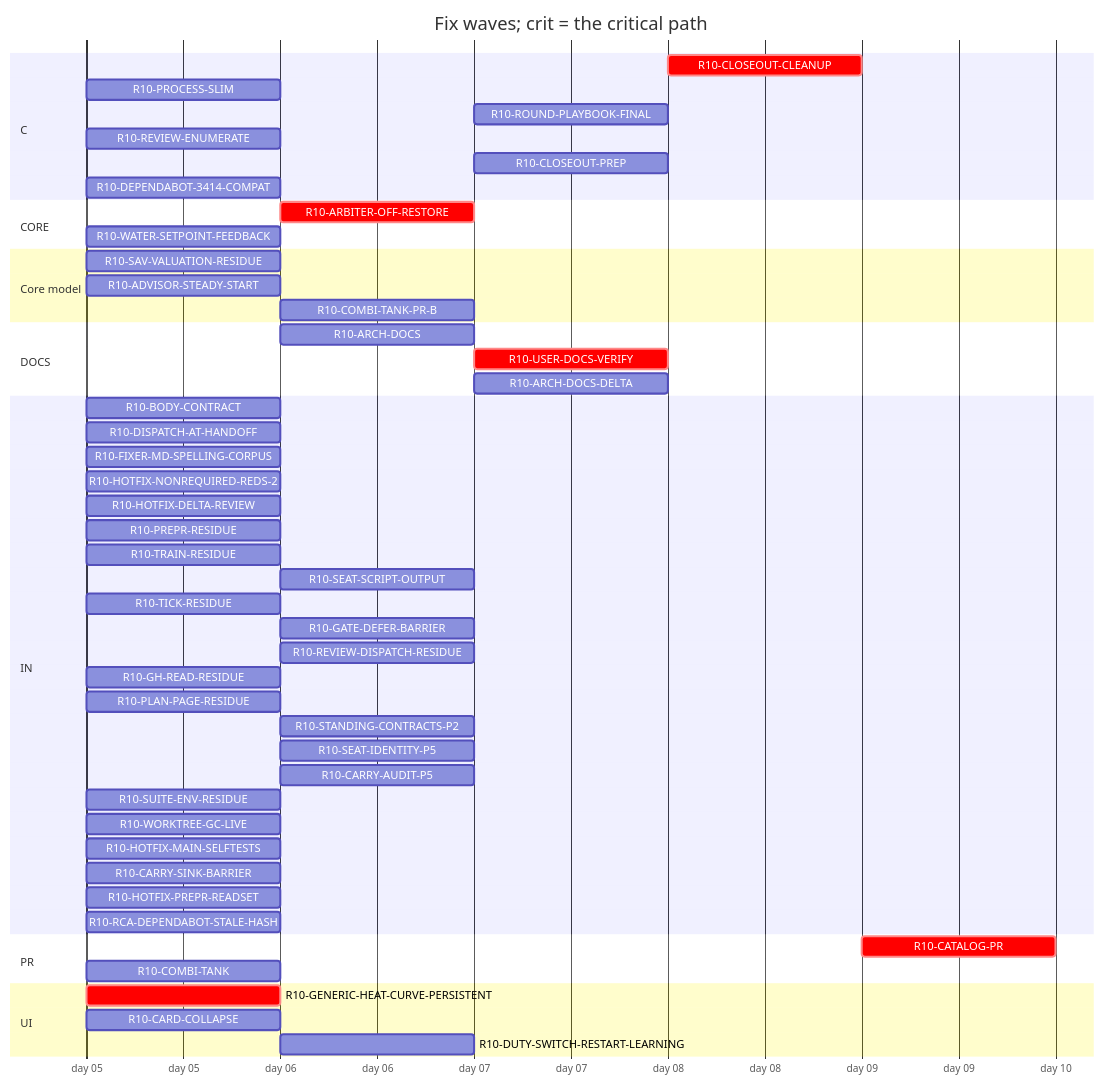
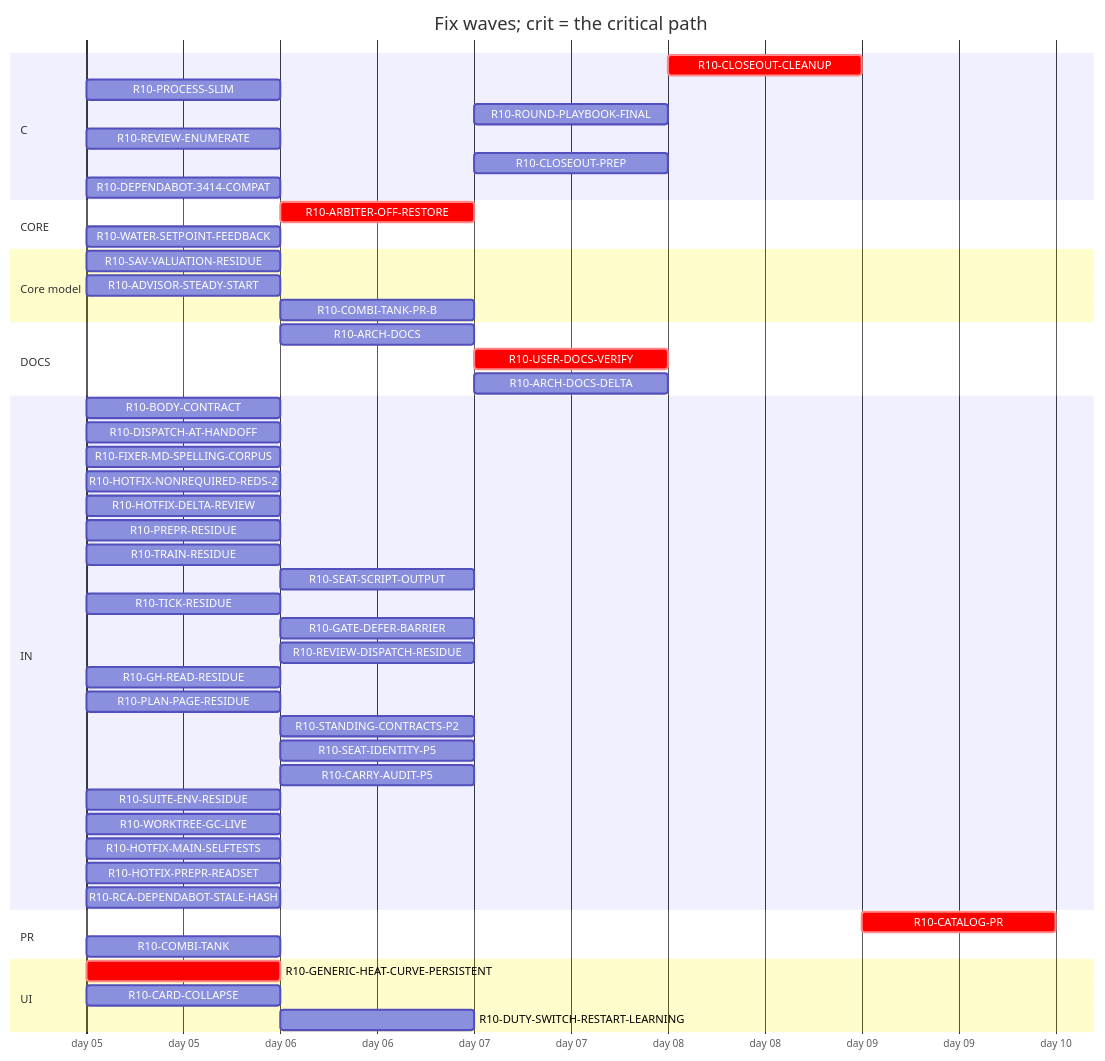
One commit to tvofi/heatpump_optimizer changed the diagram in handoff/round10/state/PLAN-TABLE.md. Above: the diagram before and after it, drawn with Mermaid. The commit also changed other lines of this file and 3 other files, not shown here.

Commit message:
state: FLOW-BOARD.md, NEXT-SESSION-PROMPT.md, PLAN-TABLE.md, RESUME-CURRENT.md regenerated (state_docs.py)

````diff
--- a/handoff/round10/state/PLAN-TABLE.md
+++ b/handoff/round10/state/PLAN-TABLE.md
@@ -20,54 +20,53 @@
 ```mermaid
 gantt
   title Fix waves; crit = the critical path
   dateFormat YYYY-MM-DD
   axisFormat day %d
   section C
     R10-CLOSEOUT-CLEANUP :crit, r10CLOSEOUTCLEANUP, after r10ARCHDOCS r10USERDOCSVERIFY r10ROUNDPLAYBOOKFINAL r10CLOSEOUTPREP r10ARCHDOCSDELTA, 1d
     R10-PROCESS-SLIM :r10PROCESSSLIM, 2026-01-05, 1d
     R10-ROUND-PLAYBOOK-FINAL :r10ROUNDPLAYBOOKFINAL, after r10DISPATCHATHANDOFF r10BODYCONTRACT r10PROCESSSLIM r10FIXERMDSPELLINGCORPUS r10PREPRRESIDUE r10SEATSCRIPTOUTPUT r10REVIEWDISPATCHRESIDUE r10CARRYAUDITP5 r10TICKRESIDUE r10SEATIDENTITYP5 r10STANDINGCONTRACTSP2 r10PLANPAGERESIDUE r10TRAINRESIDUE r10GHREADRESIDUE r10SUITEENVRESIDUE r10GATEDEFERBARRIER r10WORKTREEGCLIVE, 1d
     R10-REVIEW-ENUMERATE :r10REVIEWENUMERATE, 2026-01-05, 1d
     R10-CLOSEOUT-PREP :r10CLOSEOUTPREP, after r10ARCHDOCS r10DISPATCHATHANDOFF r10BODYCONTRACT r10PROCESSSLIM r10FIXERMDSPELLINGCORPUS r10PREPRRESIDUE r10SEATSCRIPTOUTPUT r10REVIEWDISPATCHRESIDUE r10CARRYAUDITP5 r10TICKRESIDUE r10SEATIDENTITYP5 r10STANDINGCONTRACTSP2 r10PLANPAGERESIDUE r10TRAINRESIDUE r10GHREADRESIDUE r10SUITEENVRESIDUE r10GATEDEFERBARRIER r10WORKTREEGCLIVE, 1d
     R10-DEPENDABOT-3414-COMPAT :r10DEPENDABOT3414COMPAT, 2026-01-05, 1d
   section CORE
     R10-ARBITER-OFF-RESTORE :crit, r10ARBITEROFFRESTORE, after r10GENERICHEATCURVEPERSISTENT r10WATERSETPOINTFEEDBACK, 1d
     R10-WATER-SETPOINT-FEEDBACK :r10WATERSETPOINTFEEDBACK, 2026-01-05, 1d
   section Core model
     R10-SAV-VALUATION-RESIDUE :r10SAVVALUATIONRESIDUE, 2026-01-05, 1d
     R10-ADVISOR-STEADY-START :r10ADVISORSTEADYSTART, 2026-01-05, 1d
     R10-COMBI-TANK-PR-B :r10COMBITANKPRB, after r10COMBITANK, 1d
   section DOCS
     R10-ARCH-DOCS :r10ARCHDOCS, after r10DISPATCHATHANDOFF r10BODYCONTRACT r10PROCESSSLIM, 1d
     R10-USER-DOCS-VERIFY :crit, r10USERDOCSVERIFY, after r10GENERICHEATCURVEPERSISTENT r10ARBITEROFFRESTORE r10COMBITANK, 1d
     R10-ARCH-DOCS-DELTA :r10ARCHDOCSDELTA, after r10ARCHDOCS r10GENERICHEATCURVEPERSISTENT r10ARBITEROFFRESTORE r10COMBITANK r10SAVVALUATIONRESIDUE r10ADVISORSTEADYSTART r10COMBITANKPRB, 1d
   section IN
     R10-BODY-CONTRACT :r10BODYCONTRACT, 2026-01-05, 1d
     R10-DISPATCH-AT-HANDOFF :r10DISPATCHATHANDOFF, 2026-01-05, 1d
     R10-FIXER-MD-SPELLING-CORPUS :r10FIXERMDSPELLINGCORPUS, 2026-01-05, 1d
     R10-HOTFIX-NONREQUIRED-REDS-2 :r10HOTFIXNONREQUIREDREDS2, 2026-01-05, 1d
     R10-HOTFIX-DELTA-REVIEW :r10HOTFIXDELTAREVIEW, 2026-01-05, 1d
     R10-PREPR-RESIDUE :r10PREPRRESIDUE, 2026-01-05, 1d
     R10-TRAIN-RESIDUE :r10TRAINRESIDUE, 2026-01-05, 1d
     R10-SEAT-SCRIPT-OUTPUT :r10SEATSCRIPTOUTPUT, after r10TRAINRESIDUE, 1d
     R10-TICK-RESIDUE :r10TICKRESIDUE, 2026-01-05, 1d
     R10-GATE-DEFER-BARRIER :r10GATEDEFERBARRIER, after r10TRAINRESIDUE r10TICKRESIDUE, 1d
     R10-REVIEW-DISPATCH-RESIDUE :r10REVIEWDISPATCHRESIDUE, after r10DISPATCHATHANDOFF r10REVIEWENUMERATE r10HOTFIXDELTAREVIEW r10PROCESSSLIM, 1d
     R10-GH-READ-RESIDUE :r10GHREADRESIDUE, 2026-01-05, 1d
     R10-PLAN-PAGE-RESIDUE :r10PLANPAGERESIDUE, 2026-01-05, 1d
     R10-STANDING-CONTRACTS-P2 :r10STANDINGCONTRACTSP2, after r10FIXERMDSPELLINGCORPUS, 1d
     R10-SEAT-IDENTITY-P5 :r10SEATIDENTITYP5, after r10TICKRESIDUE, 1d
     R10-CARRY-AUDIT-P5 :r10CARRYAUDITP5, after r10BODYCONTRACT, 1d
     R10-SUITE-ENV-RESIDUE :r10SUITEENVRESIDUE, 2026-01-05, 1d
     R10-WORKTREE-GC-LIVE :r10WORKTREEGCLIVE, 2026-01-05, 1d
     R10-HOTFIX-MAIN-SELFTESTS :r10HOTFIXMAINSELFTESTS, 2026-01-05, 1d
-    R10-CARRY-SINK-BARRIER :r10CARRYSINKBARRIER, 2026-01-05, 1d
     R10-HOTFIX-PREPR-READSET :r10HOTFIXPREPRREADSET, 2026-01-05, 1d
     R10-RCA-DEPENDABOT-STALE-HASH :r10RCADEPENDABOTSTALEHASH, 2026-01-05, 1d
   section PR
     R10-CATALOG-PR :crit, r10CATALOGPR, after r10USERDOCSVERIFY r10ARCHDOCS r10ROUNDPLAYBOOKFINAL r10CLOSEOUTCLEANUP r10CLOSEOUTPREP r10ARCHDOCSDELTA, 1d
     R10-COMBI-TANK :r10COMBITANK, 2026-01-05, 1d
   section UI
     R10-GENERIC-HEAT-CURVE-PERSISTENT :crit, r10GENERICHEATCURVEPERSISTENT, 2026-01-05, 1d
     R10-CARD-COLLAPSE :r10CARDCOLLAPSE, 2026-01-05, 1d
     R10-DUTY-SWITCH-RESTART-LEARNING :r10DUTYSWITCHRESTARTLEARNING, after r10WATERSETPOINTFEEDBACK, 1d
 ```
````
